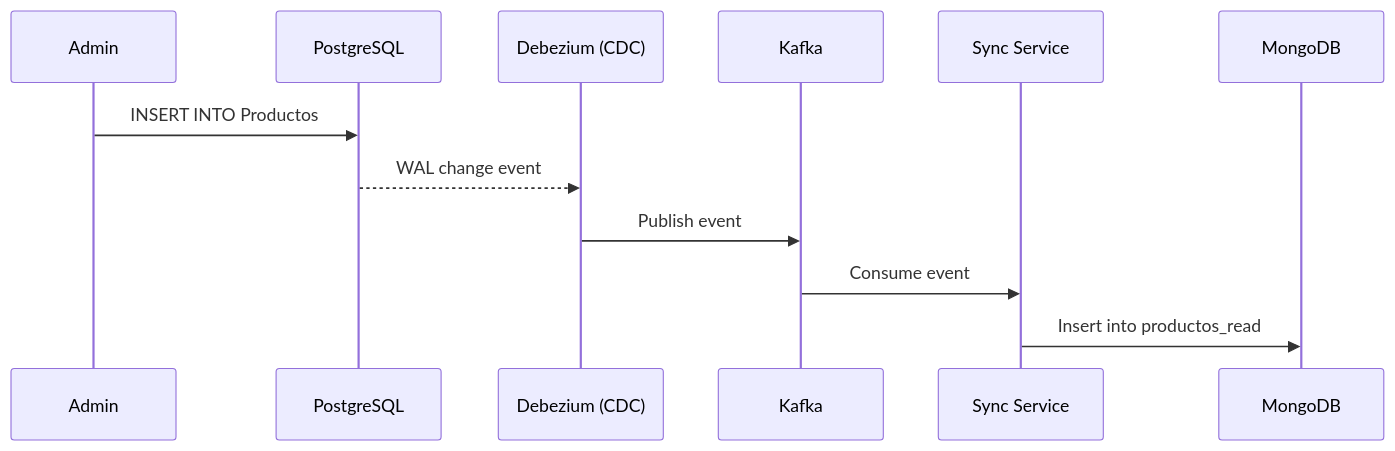
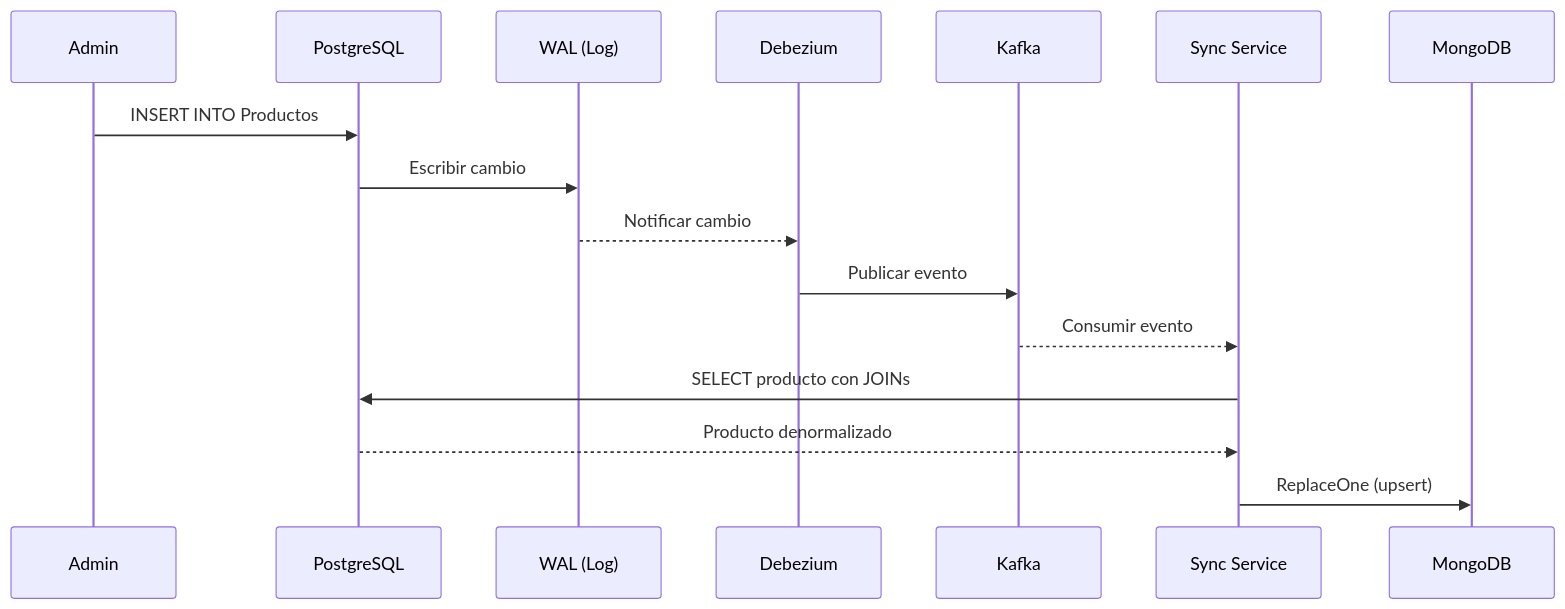
Before and after one commit to joseluisgs/DesarrolloWebEntornosServidor-02-2026-2027: diagram 13 of 18 in 30-cqrs-mediator.md, drawn with Mermaid. The commit also changed other lines of this file, not shown here.

````diff
--- a/30-cqrs-mediator.md
+++ b/30-cqrs-mediator.md
@@ -637,15 +776,19 @@
 ```mermaid
 sequenceDiagram
     participant Admin as Admin
     participant SQL as PostgreSQL
-    participant CDC as Debezium (CDC)
+    participant WAL as WAL (Log)
+    participant CDC as Debezium
     participant Kafka as Kafka
     participant Consumer as Sync Service
     participant Mongo as MongoDB
 
     Admin->>SQL: INSERT INTO Productos
-    SQL-->>CDC: WAL change event
-    CDC->>Kafka: Publish event
-    Kafka->>Consumer: Consume event
-    Consumer->>Mongo: Insert into productos_read
+    SQL->>WAL: Escribir cambio
+    WAL-->>CDC: Notificar cambio
+    CDC->>Kafka: Publicar evento
+    Kafka-->>Consumer: Consumir evento
+    Consumer->>SQL: SELECT producto con JOINs
+    SQL-->>Consumer: Producto denormalizado
+    Consumer->>Mongo: ReplaceOne (upsert)
 ```
````
